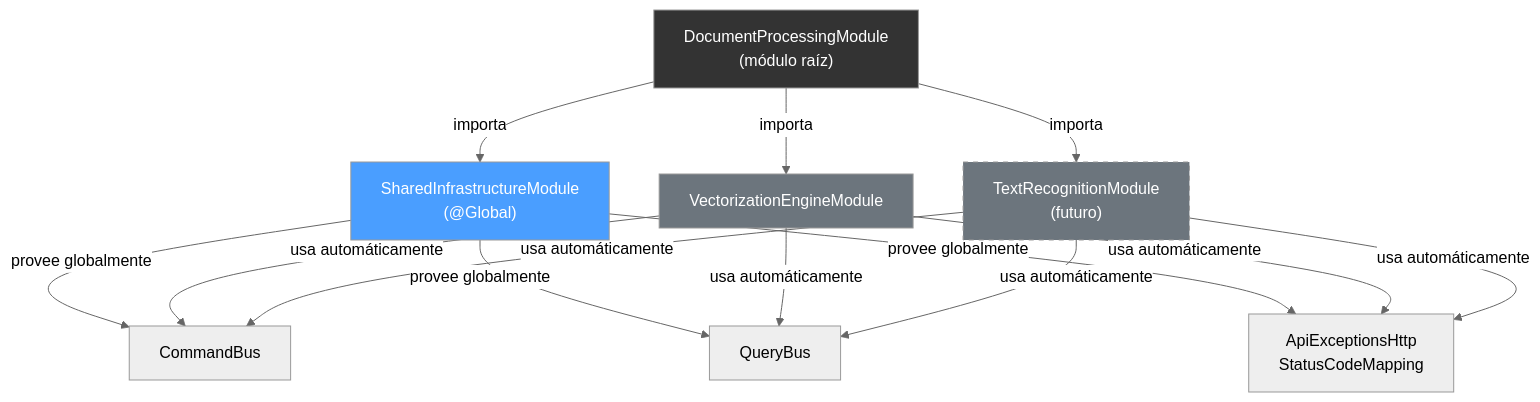
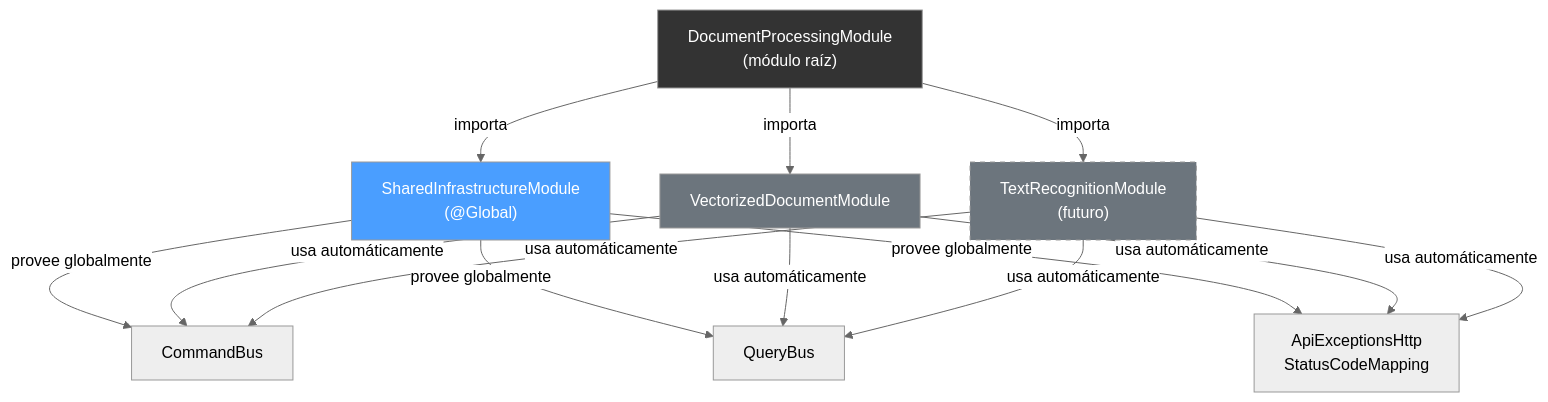
The diagram in shared_infrastructure_explained.md (demonio240/LegalVec), drawn with Mermaid (neutral theme) before and after one commit. The commit also changed other lines of this file and 25 other files, not shown here.

Commit message:
refactor: rename VectorizationEngine to VectorizedDocument (DDD naming convention)

````diff
--- a/shared_infrastructure_explained.md
+++ b/shared_infrastructure_explained.md
@@ -208,23 +208,23 @@
 ```mermaid
 graph TD
     A["DocumentProcessingModule<br/>(módulo raíz)"] -->|importa| B["SharedInfrastructureModule<br/>(@Global)"]
-    A -->|importa| C["VectorizationEngineModule"]
+    A -->|importa| C["VectorizedDocumentModule"]
     A -->|importa| D["TextRecognitionModule<br/>(futuro)"]
 
     B -->|provee globalmente| E["CommandBus"]
     B -->|provee globalmente| F["QueryBus"]
     B -->|provee globalmente| G["ApiExceptionsHttp<br/>StatusCodeMapping"]
 
     C -->|usa automáticamente| E
     C -->|usa automáticamente| F
     C -->|usa automáticamente| G
 
     D -->|usa automáticamente| E
     D -->|usa automáticamente| F
     D -->|usa automáticamente| G
 
     style B fill:#4a9eff,color:#fff
     style A fill:#333,color:#fff
     style C fill:#6c757d,color:#fff
     style D fill:#6c757d,color:#fff,stroke-dasharray: 5 5
 ```
````
